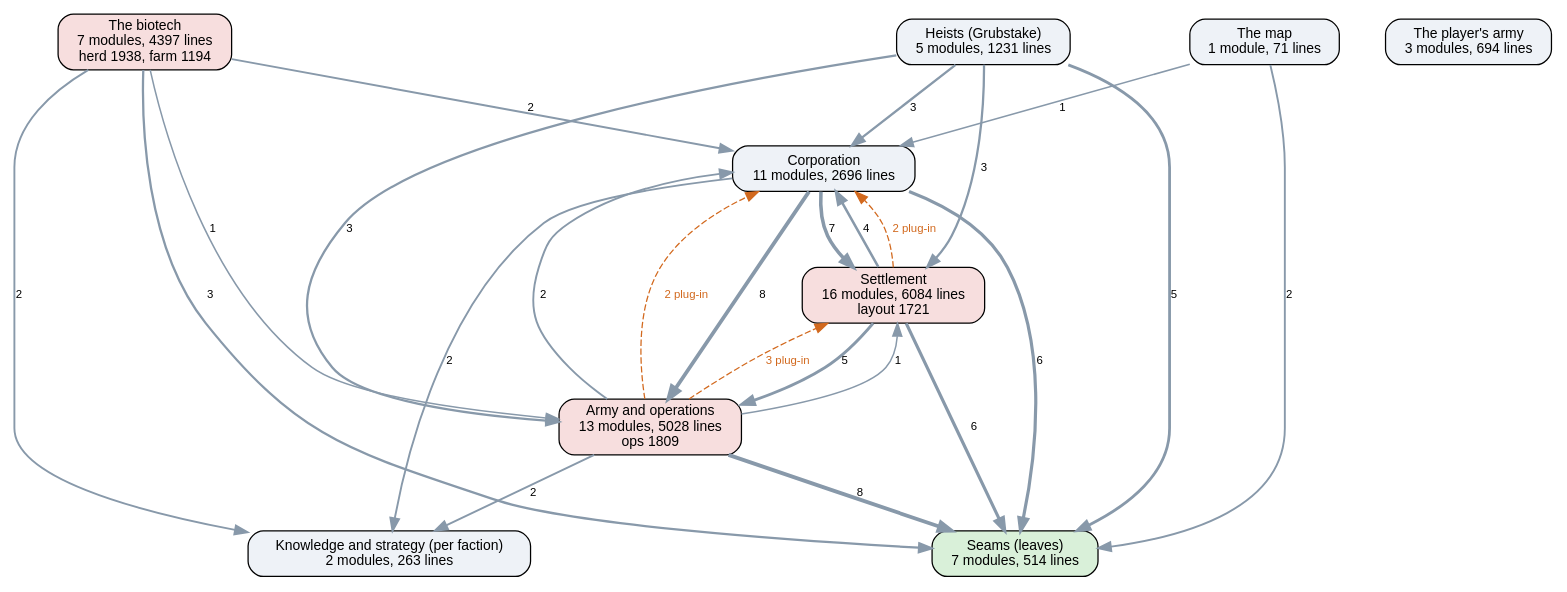
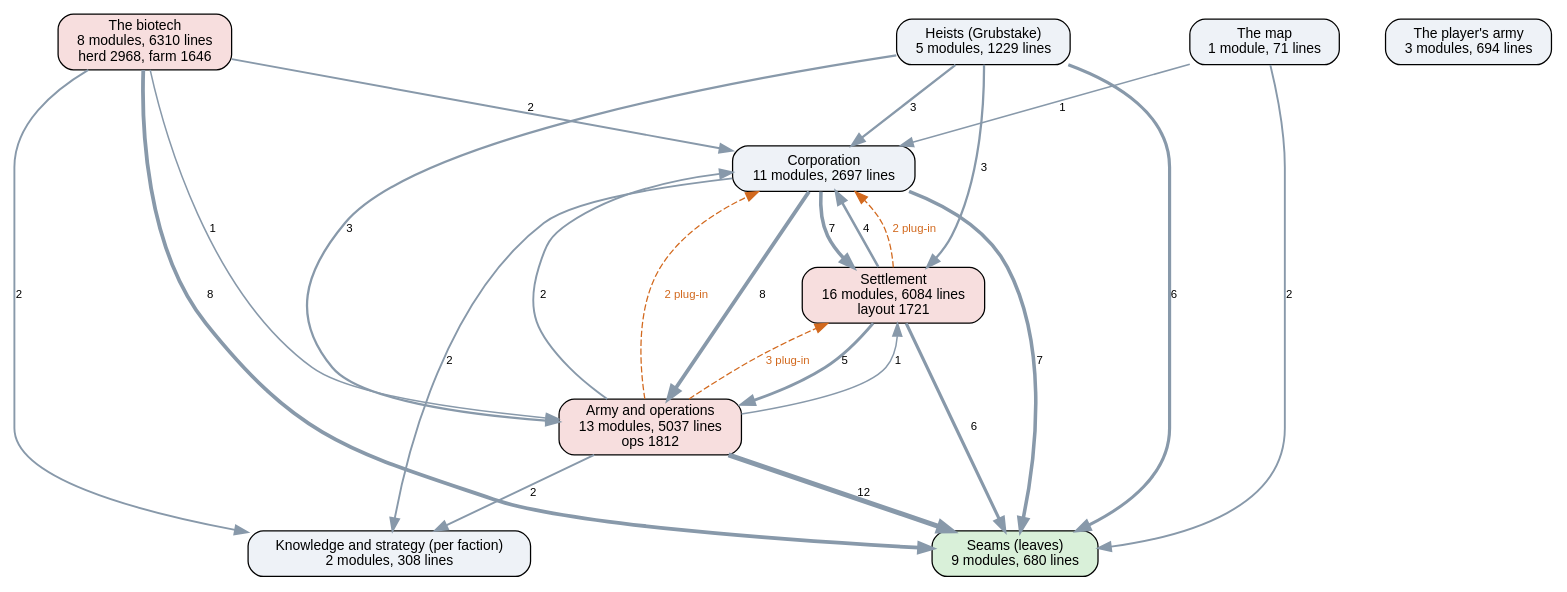
Before and after one commit to kinelhu/landing-party: the diagram in docs/ai-layers.dot, drawn with Graphviz. The commit also changed 46 other files, not shown here.

```diff
--- a/docs/ai-layers.dot
+++ b/docs/ai-layers.dot
@@ -1,38 +1,38 @@
 digraph layers {
   graph [rankdir=TB, fontname="Helvetica", nodesep=0.5, ranksep=0.7];
   node [shape=box, style="rounded,filled", fontname="Helvetica", fontsize=11, fillcolor="#eef2f7"];
   edge [color="#8899aa", fontname="Helvetica", fontsize=9];
-  "Seams (leaves)" [label="Seams (leaves)\n7 modules, 514 lines", fillcolor="#d9f0d9"];
-  "Knowledge and strategy (per faction)" [label="Knowledge and strategy (per faction)\n2 modules, 263 lines", fillcolor="#eef2f7"];
-  "Corporation" [label="Corporation\n11 modules, 2696 lines", fillcolor="#eef2f7"];
+  "Seams (leaves)" [label="Seams (leaves)\n9 modules, 680 lines", fillcolor="#d9f0d9"];
+  "Knowledge and strategy (per faction)" [label="Knowledge and strategy (per faction)\n2 modules, 308 lines", fillcolor="#eef2f7"];
+  "Corporation" [label="Corporation\n11 modules, 2697 lines", fillcolor="#eef2f7"];
   "Settlement" [label="Settlement\n16 modules, 6084 lines\nlayout 1721", fillcolor="#f7dede"];
-  "Army and operations" [label="Army and operations\n13 modules, 5028 lines\nops 1809", fillcolor="#f7dede"];
-  "Heists (Grubstake)" [label="Heists (Grubstake)\n5 modules, 1231 lines", fillcolor="#eef2f7"];
-  "The biotech" [label="The biotech\n7 modules, 4397 lines\nherd 1938, farm 1194", fillcolor="#f7dede"];
+  "Army and operations" [label="Army and operations\n13 modules, 5037 lines\nops 1812", fillcolor="#f7dede"];
+  "Heists (Grubstake)" [label="Heists (Grubstake)\n5 modules, 1229 lines", fillcolor="#eef2f7"];
+  "The biotech" [label="The biotech\n8 modules, 6310 lines\nherd 2968, farm 1646", fillcolor="#f7dede"];
   "The map" [label="The map\n1 module, 71 lines", fillcolor="#eef2f7"];
   "The player's army" [label="The player's army\n3 modules, 694 lines", fillcolor="#eef2f7"];
   "Army and operations" -> "Corporation" [label="2", penwidth=1.5];
   "Army and operations" -> "Knowledge and strategy (per faction)" [label="2", penwidth=1.5];
-  "Army and operations" -> "Seams (leaves)" [label="8", penwidth=3.0];
+  "Army and operations" -> "Seams (leaves)" [label="12", penwidth=4.0];
   "Army and operations" -> "Settlement" [label="1", penwidth=1.2];
   "Corporation" -> "Army and operations" [label="8", penwidth=3.0];
   "Corporation" -> "Knowledge and strategy (per faction)" [label="2", penwidth=1.5];
-  "Corporation" -> "Seams (leaves)" [label="6", penwidth=2.5];
+  "Corporation" -> "Seams (leaves)" [label="7", penwidth=2.8];
   "Corporation" -> "Settlement" [label="7", penwidth=2.8];
   "Heists (Grubstake)" -> "Army and operations" [label="3", penwidth=1.8];
   "Heists (Grubstake)" -> "Corporation" [label="3", penwidth=1.8];
-  "Heists (Grubstake)" -> "Seams (leaves)" [label="5", penwidth=2.2];
+  "Heists (Grubstake)" -> "Seams (leaves)" [label="6", penwidth=2.5];
   "Heists (Grubstake)" -> "Settlement" [label="3", penwidth=1.8];
   "Settlement" -> "Army and operations" [label="5", penwidth=2.2];
   "Settlement" -> "Corporation" [label="4", penwidth=2.0];
   "Settlement" -> "Seams (leaves)" [label="6", penwidth=2.5];
   "The biotech" -> "Army and operations" [label="1", penwidth=1.2];
   "The biotech" -> "Corporation" [label="2", penwidth=1.5];
   "The biotech" -> "Knowledge and strategy (per faction)" [label="2", penwidth=1.5];
-  "The biotech" -> "Seams (leaves)" [label="3", penwidth=1.8];
+  "The biotech" -> "Seams (leaves)" [label="8", penwidth=3.0];
   "The map" -> "Corporation" [label="1", penwidth=1.2];
   "The map" -> "Seams (leaves)" [label="2", penwidth=1.5];
   "Army and operations" -> "Corporation" [style=dashed, color="#d2691e", fontcolor="#d2691e", label="2 plug-in"];
   "Army and operations" -> "Settlement" [style=dashed, color="#d2691e", fontcolor="#d2691e", label="3 plug-in"];
   "Settlement" -> "Corporation" [style=dashed, color="#d2691e", fontcolor="#d2691e", label="2 plug-in"];
 }
```
